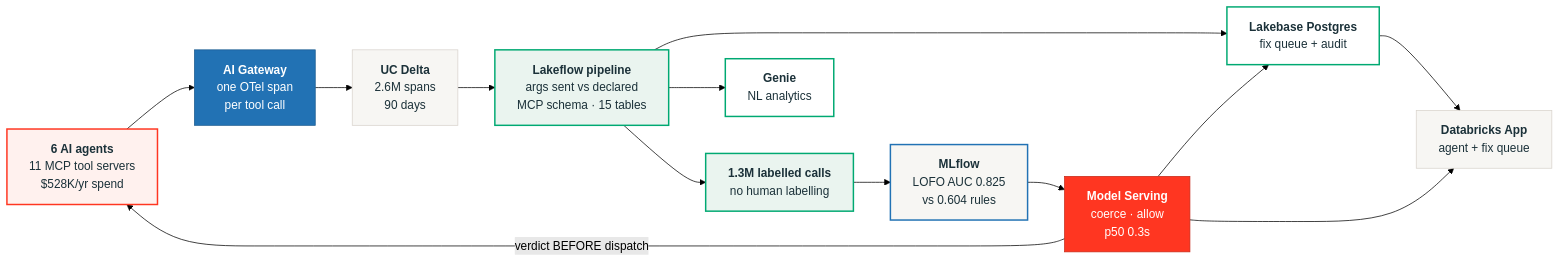
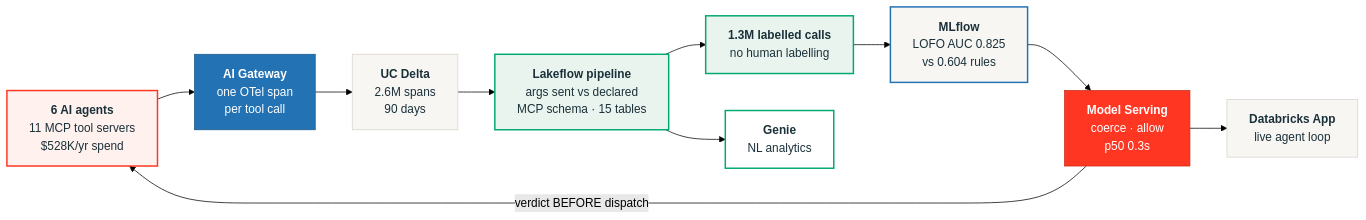
One commit to 29sonakshi/stop-agent-waste changed the first of 2 diagrams in docs/architecture.md. Above: the diagram before and after it, drawn with Mermaid (forest theme). The commit also changed other lines of this file and 20 other files, not shown here.

````diff
--- a/docs/architecture.md
+++ b/docs/architecture.md
@@ -13,29 +13,25 @@
 ```mermaid
 flowchart LR
   classDef agents fill:#FFF1EE,stroke:#FF3621,stroke-width:2px,color:#1B3139
   classDef gw     fill:#2272B4,stroke:#1A5A8F,color:#FFFFFF
   classDef lake   fill:#F7F6F3,stroke:#D8D3CC,color:#1B3139
   classDef pipe   fill:#EAF4EF,stroke:#00A972,stroke-width:2px,color:#1B3139
   classDef ml     fill:#F7F6F3,stroke:#2272B4,stroke-width:2px,color:#1B3139
   classDef serve  fill:#FF3621,stroke:#C72A19,color:#FFFFFF
   classDef pg     fill:#FFFFFF,stroke:#00A972,stroke-width:2px,color:#1B3139
 
   A["<b>6 AI agents</b><br/>11 MCP tool servers<br/>$528K/yr spend"]:::agents
   G["<b>AI Gateway</b><br/>one OTel span<br/>per tool call"]:::gw
   D["<b>UC Delta</b><br/>2.6M spans<br/>90 days"]:::lake
   P["<b>Lakeflow pipeline</b><br/>args sent vs declared<br/>MCP schema · 15 tables"]:::pipe
   L["<b>1.3M labelled calls</b><br/>no human labelling"]:::pipe
   T["<b>MLflow</b><br/>LOFO AUC 0.825<br/>vs 0.604 rules"]:::ml
   S["<b>Model Serving</b><br/>coerce · allow<br/>p50 0.3s"]:::serve
-  B["<b>Lakebase Postgres</b><br/>fix queue + audit"]:::pg
   N["<b>Genie</b><br/>NL analytics"]:::pg
-  W["<b>Databricks App</b><br/>agent + fix queue"]:::lake
+  W["<b>Databricks App</b><br/>live agent loop"]:::lake
 
   A --> G --> D --> P --> L --> T --> S
   S -->|"verdict BEFORE dispatch"| A
-  P --> B
   P --> N
-  S --> B
-  B --> W
   S --> W
 ```
````
